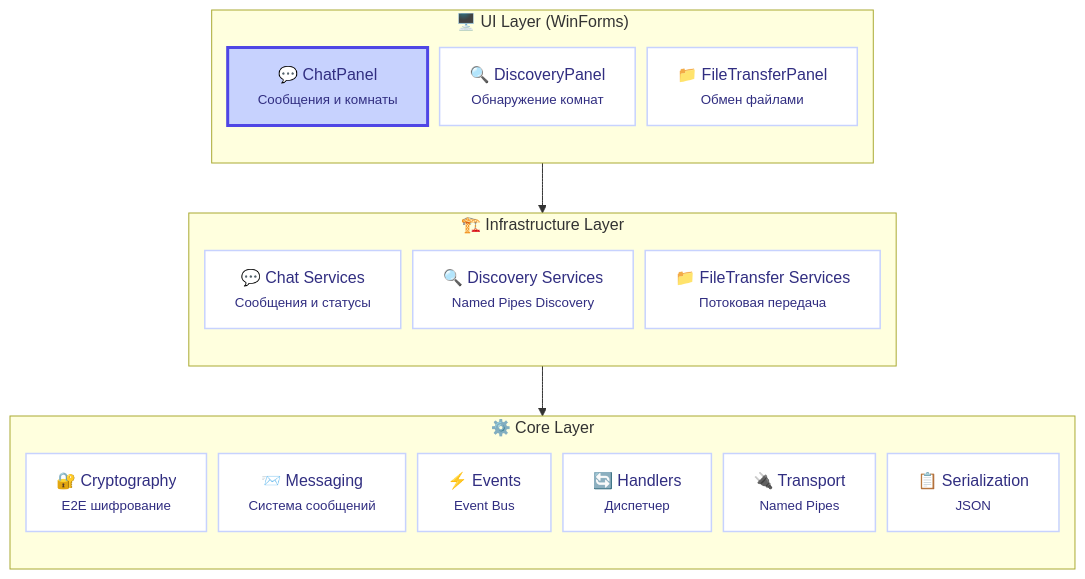
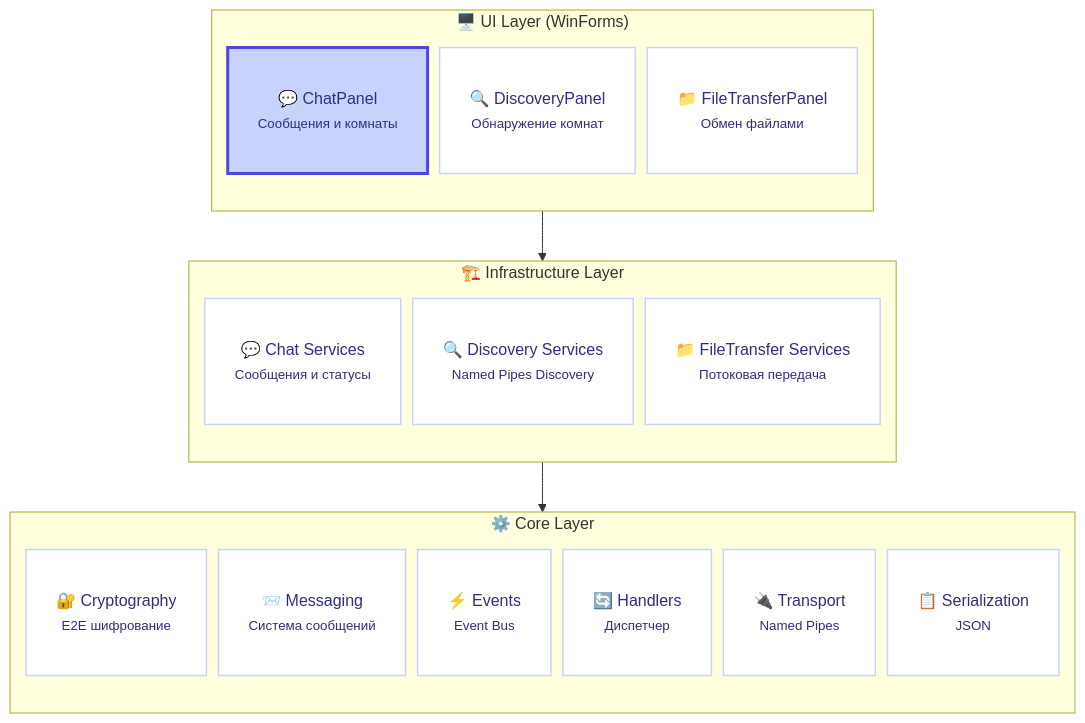
The first of 3 diagrams in README.md (CasCadeVR/MIN), drawn with Mermaid before and after one commit.

````diff
--- a/README.md
+++ b/README.md
@@ -46,42 +46,42 @@
 ```mermaid
 flowchart TB
     %%{init: {'flowchart': {'nodeSpacing': 12}}}%%
     classDef uiLayer fill:#dbeafe,stroke:#3b82f6,stroke-width:2px,color:#1e40af
     classDef infraLayer fill:#e0e7ff,stroke:#4f46e5,stroke-width:2px,color:#3730a3
     classDef coreLayer fill:#ede9fe,stroke:#7c3aed,stroke-width:2px,color:#5b21b6
-    classDef component fill:#ffffff,stroke:#c7d2fe,stroke-width:1.5px,color:#312e81
-    classDef highlight fill:#c7d2fe,stroke:#4f46e5,stroke-width:3px,color:#312e81
+    classDef component fill:#ffffff,stroke:#c7d2fe,stroke-width:1.5px,color:#312e81,padding:28px
+    classDef highlight fill:#c7d2fe,stroke:#4f46e5,stroke-width:3px,color:#312e81,padding:28px
     
     subgraph UI["🖥️ UI Layer (WinForms)"]
         direction TB
         A["💬 ChatPanel<br><small>Сообщения и комнаты</small>"]
         B["🔍 DiscoveryPanel<br><small>Обнаружение комнат</small>"]
         C["📁 FileTransferPanel<br><small>Обмен файлами</small>"]
     end
     
     subgraph INF["🏗️ Infrastructure Layer"]
         direction TB
         D["💬 Chat Services<br><small>Сообщения и статусы</small>"]
         E["🔍 Discovery Services<br><small>Named Pipes Discovery</small>"]
         F["📁 FileTransfer Services<br><small>Потоковая передача</small>"]
     end
     
     subgraph CORE["⚙️ Core Layer"]
         direction TB
         G["🔐 Cryptography<br><small>E2E шифрование</small>"]
         H["📨 Messaging<br><small>Система сообщений</small>"]
         I["⚡ Events<br><small>Event Bus</small>"]
         J["🔄 Handlers<br><small>Диспетчер</small>"]
         K["🔌 Transport<br><small>Named Pipes</small>"]
         L["📋 Serialization<br><small>JSON</small>"]
     end
     
     class A highlight;
     class B,C,D,E,F,G,H,I,J,K,L component
     class UI uiLayer;
     class INF infraLayer;
     class CORE coreLayer
     
     UI --> INF
     INF --> CORE
 ```
````
